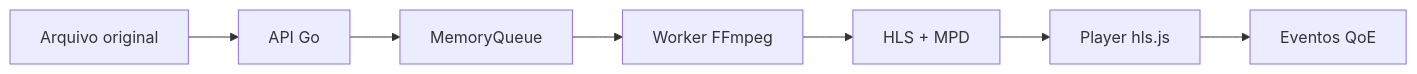
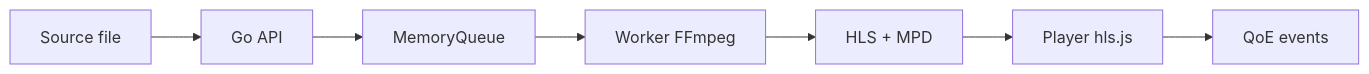
Before and after one commit to gabriel-roque/streamlab: the diagram in README.md, drawn with Mermaid. The commit also changed other lines of this file and 33 other files, not shown here.

````diff
--- a/README.md
+++ b/README.md
@@ -42,9 +42,9 @@
 ```mermaid
 flowchart LR
-  A[Arquivo original] --> B[API Go]
+  A[Source file] --> B[Go API]
   B --> C[MemoryQueue]
   C --> D[Worker FFmpeg]
   D --> E[HLS + MPD]
   E --> F[Player hls.js]
-  F --> G[Eventos QoE]
+  F --> G[QoE events]
 ```
````
